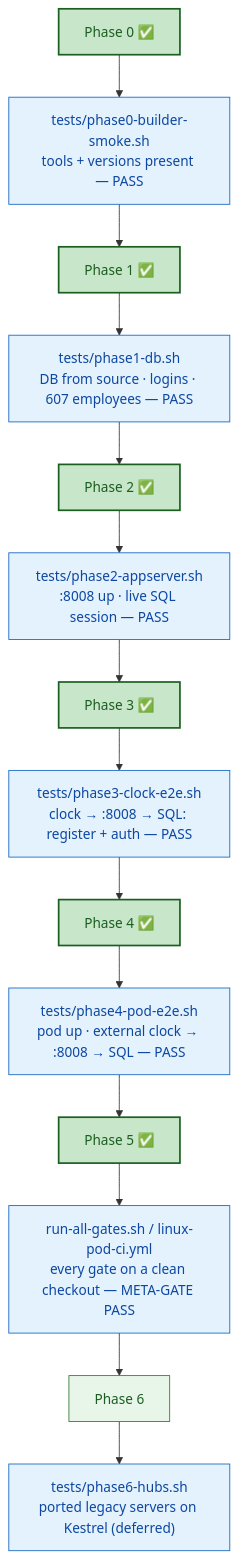
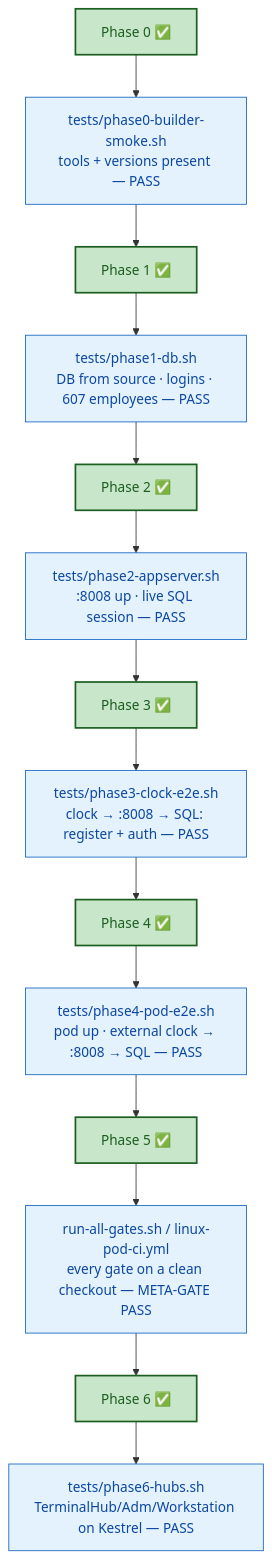
One commit to tcp-software/win11vbox changed the fourth of 5 diagrams in docs/linux-pod-plan.md. Above: the diagram before and after it, drawn with Mermaid. The commit also changed other lines of this file, not shown here.

Commit message:
linux-pod-plan: Phase 6 COMPLETE -- all three legacy hubs run on net10/Linux (gates PASS)

````diff
--- a/docs/linux-pod-plan.md
+++ b/docs/linux-pod-plan.md
@@ -177,15 +177,15 @@
 ```mermaid
 flowchart TD
     classDef ph fill:#e8f5e9,stroke:#2e7d32,color:#1b5e20;
     classDef t  fill:#e3f2fd,stroke:#1565c0,color:#0d47a1;
 
     classDef done fill:#c8e6c9,stroke:#1b5e20,color:#1b5e20,stroke-width:2px;
 
     P0["Phase 0 ✅"]:::done --> T0["tests/phase0-builder-smoke.sh<br/>tools + versions present — PASS"]:::t
     T0 --> P1["Phase 1 ✅"]:::done --> T1["tests/phase1-db.sh<br/>DB from source · logins · 607 employees — PASS"]:::t
     T1 --> P2["Phase 2 ✅"]:::done --> T2["tests/phase2-appserver.sh<br/>:8008 up · live SQL session — PASS"]:::t
     T2 --> P3["Phase 3 ✅"]:::done --> T3["tests/phase3-clock-e2e.sh<br/>clock → :8008 → SQL: register + auth — PASS"]:::t
     T3 --> P4["Phase 4 ✅"]:::done --> T4["tests/phase4-pod-e2e.sh<br/>pod up · external clock → :8008 → SQL — PASS"]:::t
     T4 --> P5["Phase 5 ✅"]:::done --> T5["run-all-gates.sh / linux-pod-ci.yml<br/>every gate on a clean checkout — META-GATE PASS"]:::t
-    T5 --> P6["Phase 6"]:::ph --> T6["tests/phase6-hubs.sh<br/>ported legacy servers on Kestrel (deferred)"]:::t
+    T5 --> P6["Phase 6 ✅"]:::done --> T6["tests/phase6-hubs.sh<br/>TerminalHub/Adm/Workstation on Kestrel — PASS"]:::t
 ```
````
